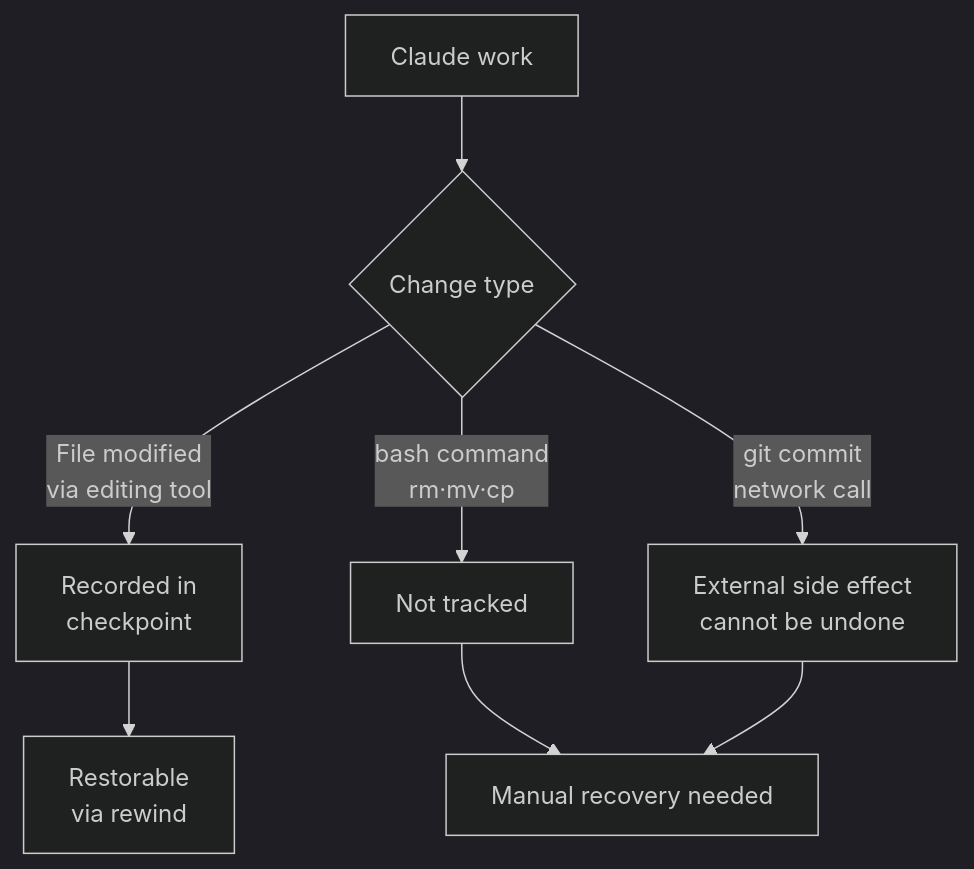
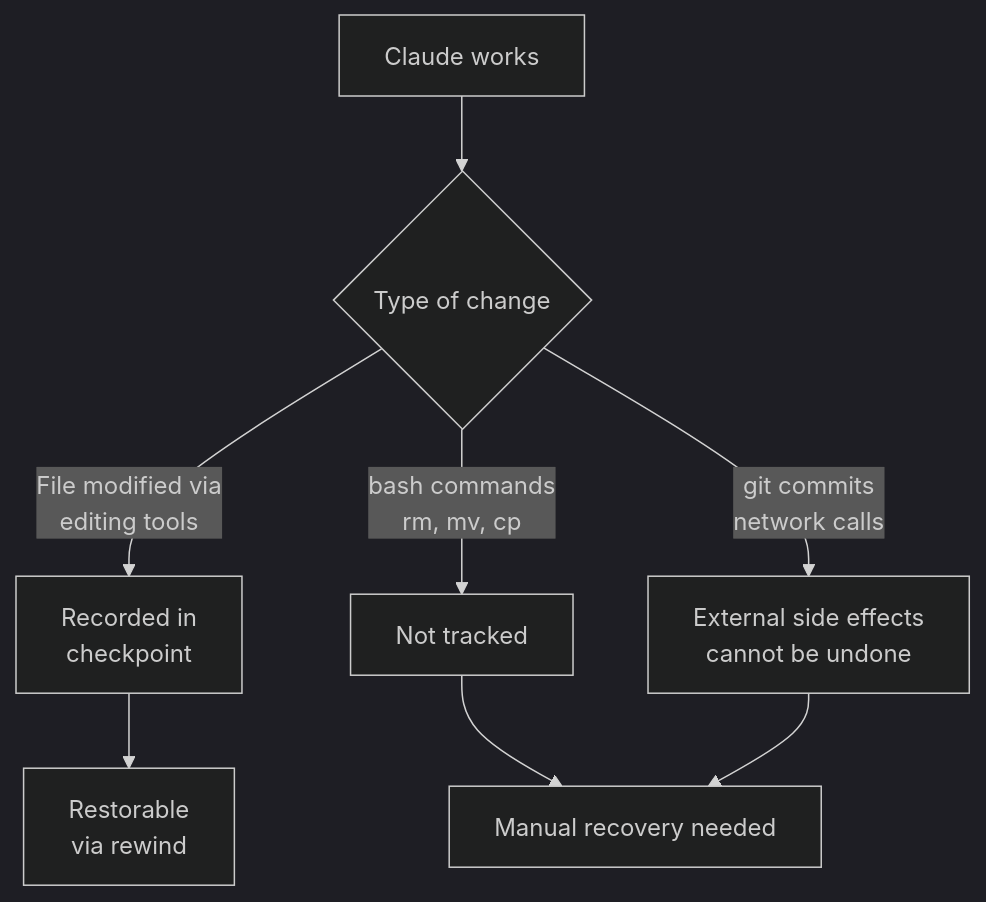
Before and after one commit to modu-ai/moai-adk: the diagram in docs-site/content/en/claude-code/context-memory/checkpointing.md, drawn with Mermaid (dark theme). The commit also changed other lines of this file and 395 other files, not shown here.

````diff
--- a/docs-site/content/en/claude-code/context-memory/checkpointing.md
+++ b/docs-site/content/en/claude-code/context-memory/checkpointing.md
@@ -75,10 +75,10 @@
 ```mermaid
 flowchart TD
-    A[Claude work] --> B{Change type}
-    B -->|File modified<br>via editing tool| C[Recorded in<br>checkpoint]
-    B -->|bash command<br>rm·mv·cp| D[Not tracked]
-    B -->|git commit<br>network call| E[External side effect<br>cannot be undone]
+    A[Claude works] --> B{Type of change}
+    B -->|File modified via<br>editing tools| C[Recorded in<br>checkpoint]
+    B -->|bash commands<br>rm, mv, cp| D[Not tracked]
+    B -->|git commits<br>network calls| E[External side effects<br>cannot be undone]
     C --> F[Restorable<br>via rewind]
     D --> G[Manual recovery needed]
     E --> G
 ```
````
